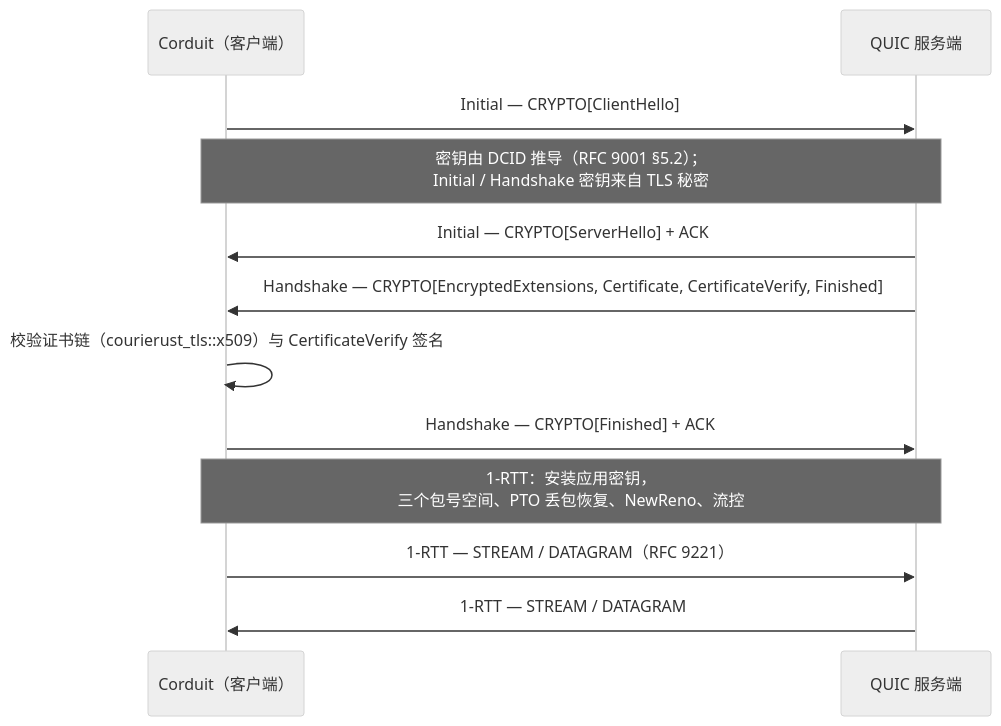
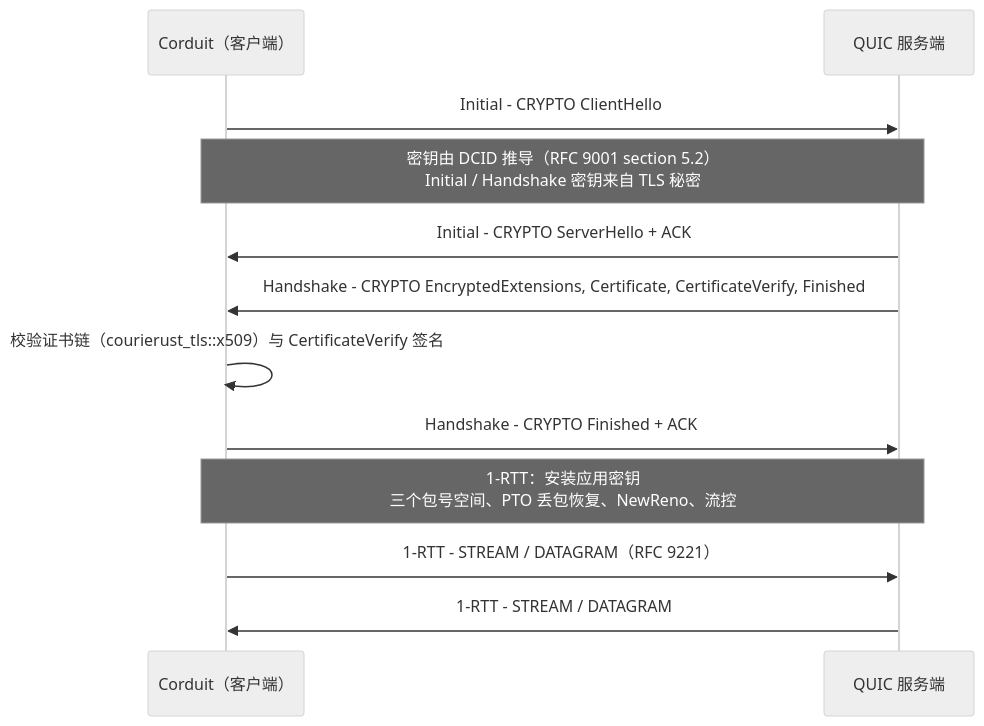
The third of 3 diagrams in README.zh-CN.md (blueokanna/Corduit), drawn with Mermaid (neutral theme) before and after one commit. The commit also changed other lines of this file and 54 other files, not shown here.

````diff
--- a/README.zh-CN.md
+++ b/README.zh-CN.md
@@ -135,15 +135,20 @@
 ```mermaid
 sequenceDiagram
     participant C as Corduit（客户端）
     participant S as QUIC 服务端
 
-    C->>S: Initial — CRYPTO[ClientHello]
-    Note over C,S: 密钥由 DCID 推导（RFC 9001 §5.2）；<br/>Initial / Handshake 密钥来自 TLS 秘密
-    S->>C: Initial — CRYPTO[ServerHello] + ACK
-    S->>C: Handshake — CRYPTO[EncryptedExtensions, Certificate, CertificateVerify, Finished]
+    C->>S: Initial - CRYPTO ClientHello
+    Note over C,S: 密钥由 DCID 推导（RFC 9001 section 5.2）<br/>Initial / Handshake 密钥来自 TLS 秘密
+
+    S->>C: Initial - CRYPTO ServerHello + ACK
+    S->>C: Handshake - CRYPTO EncryptedExtensions, Certificate, CertificateVerify, Finished
+
     C->>C: 校验证书链（courierust_tls::x509）与 CertificateVerify 签名
-    C->>S: Handshake — CRYPTO[Finished] + ACK
-    Note over C,S: 1-RTT：安装应用密钥，<br/>三个包号空间、PTO 丢包恢复、NewReno、流控
-    C->>S: 1-RTT — STREAM / DATAGRAM（RFC 9221）
-    S->>C: 1-RTT — STREAM / DATAGRAM
+
+    C->>S: Handshake - CRYPTO Finished + ACK
+
+    Note over C,S: 1-RTT：安装应用密钥<br/>三个包号空间、PTO 丢包恢复、NewReno、流控
+
+    C->>S: 1-RTT - STREAM / DATAGRAM（RFC 9221）
+    S->>C: 1-RTT - STREAM / DATAGRAM
 ```
````
